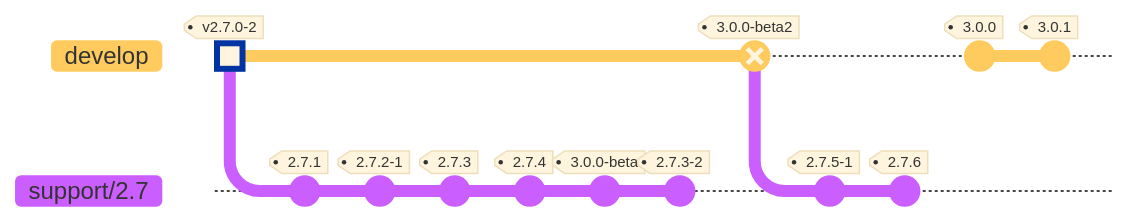
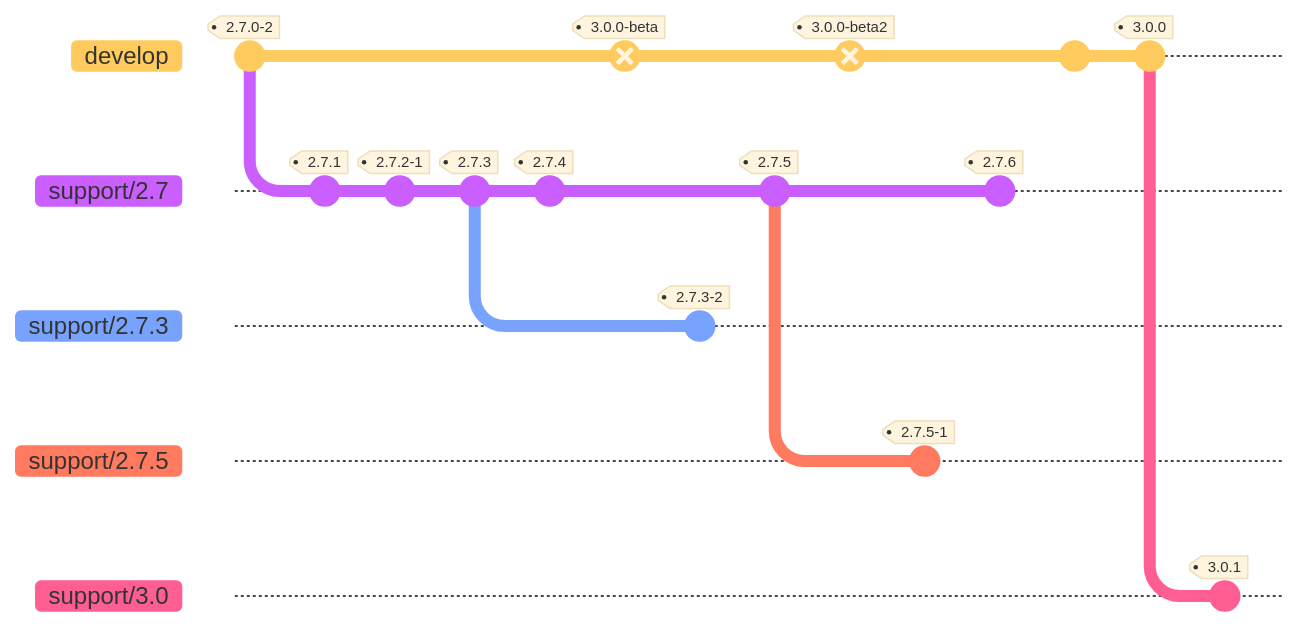
Before and after one commit to piRGoif/iTop_mermaid: the diagram in README.md, drawn with Mermaid. Commit ids are hidden.

Commit message:
Version including 2.7 and 3.0 branches

````diff
--- a/README.md
+++ b/README.md
@@ -8,22 +8,30 @@
 ```mermaid
-%%{init: { 'logLevel': 'debug', 'theme': 'base', 'gitGraph': {'mainBranchName': 'develop'}} }%%
+%%{init: { 'logLevel': 'debug', 'theme': 'base', 'gitGraph': {'showBranches': true,'mainBranchName': 'develop'}} }%%
 gitGraph
-    commit id: "2020-05-06" type: HIGHLIGHT tag: "v2.7.0-2"
+    commit id: "2020-05-06" tag: "2.7.0-2"
     branch support/2.7
     commit id: "2020-06-26" tag: "2.7.1"
     commit id: "2020-11-10" tag: "2.7.2-1"
     commit id: "2020-12-09" tag: "2.7.3"
+    branch support/2.7.3
+    checkout support/2.7
     commit id: "2021-03-31" tag: "2.7.4"
-    commit id: "2021-04-06" tag: "3.0.0-beta"
+    checkout develop
+    commit id: "2021-04-06" tag: "3.0.0-beta" type: REVERSE
+    checkout support/2.7.3
     commit id: "2021-05-17" tag: "2.7.3-2"
+    checkout support/2.7
     commit id: "2021-07-05" tag: "2.7.5"
+    branch support/2.7.5
     checkout develop
-    commit id: "2021-07-05" type: REVERSE tag: "3.0.0-beta2"
+    commit id: "2021-07-05." tag: "3.0.0-beta2" type: REVERSE
+    checkout support/2.7.5
+    commit id: "2021-07-20" tag: "2.7.5-1"
     checkout support/2.7
-    commit id: "2021-07-20" tag: "2.7.5-1"
     commit id: "2021-12-17" tag: "2.7.6"
     checkout develop
-    commit id: "2022-01-04" type: HIGHLIGHT tag: "v3.0.0"
+    commit
     commit id: "2022-01-04" tag: "3.0.0"
+    branch support/3.0
     commit id: "2022-04-08" tag: "3.0.1"
 ```
````
